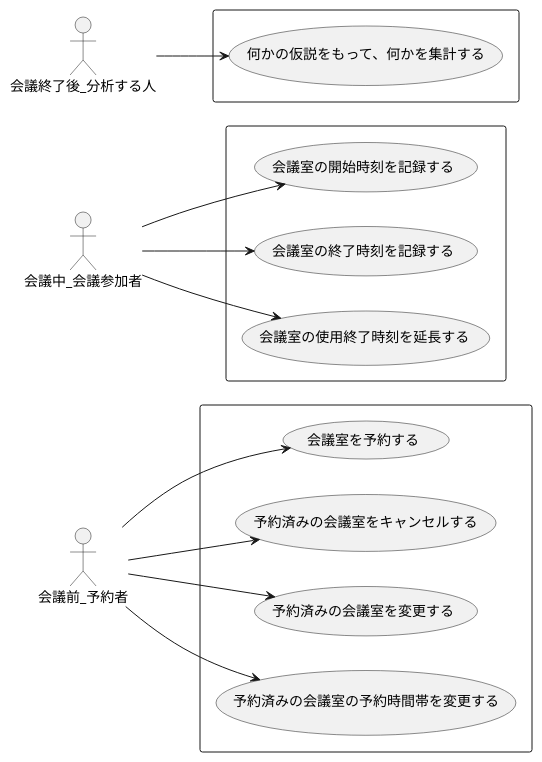
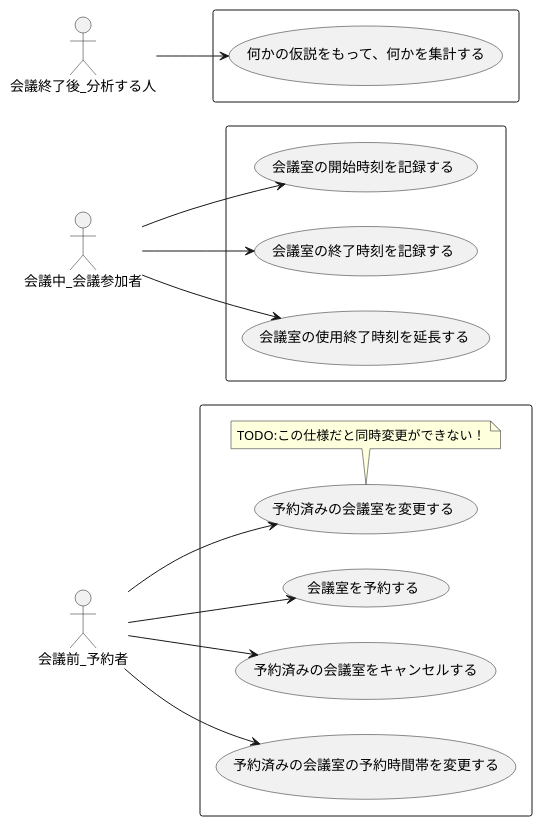
One commit to ModelingKai/meeting-room-python changed the diagram in diagram/ユースケース.puml. Above: the diagram before and after it, drawn with PlantUML.

Commit message:
ユースケース図の更新をした。Presentation層を作っていたときに、予約変更の部分を考えたときに、「あれ、これだと同時変更できないんじゃないか」という考えに至った。
- ユースケース図自体は、まだ変えたくない
  - 実装と乖離が出てしまうため
  - 現状は、TODOコメントをnoteに書いた

```diff
--- a/diagram/ユースケース.puml
+++ b/diagram/ユースケース.puml
@@ -1,25 +1,26 @@
 @startuml
 left to right direction
 
 actor 会議前_予約者 as a1
 actor 会議中_会議参加者  as a3
 actor 会議終了後_分析する人 as a2
 
 rectangle {
     a1 --> (会議室を予約する)
     a1 --> (予約済みの会議室をキャンセルする)
     a1 --> (予約済みの会議室を変更する)
+    note bottom: TODO:この仕様だと同時変更ができない！
     a1 --> (予約済みの会議室の予約時間帯を変更する)
 }
 
 rectangle {
     a2 --> (何かの仮説をもって、何かを集計する)
 }
 
 rectangle {
     a3 --> (会議室の開始時刻を記録する)
     a3 --> (会議室の終了時刻を記録する)
     a3 --> (会議室の使用終了時刻を延長する)
 }
 
 @enduml
```
